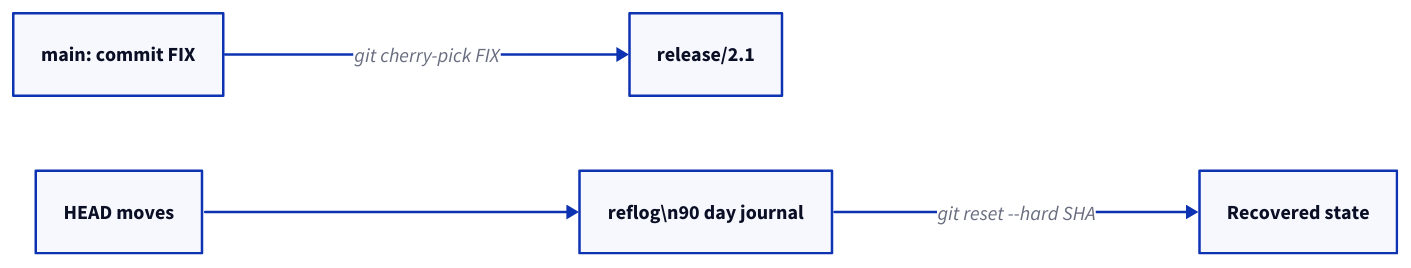
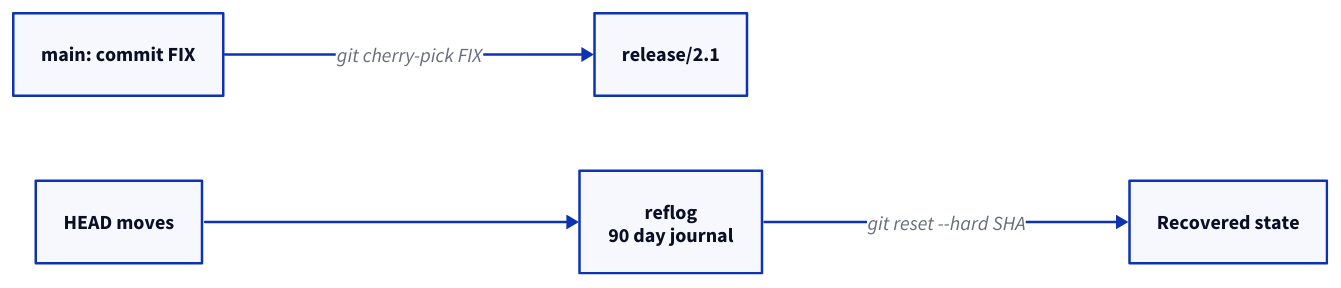
One commit to rebash-rebash/rebash-academy changed the diagram in docs/git/cherry-pick-and-reflog.md. Above: the diagram before and after it, drawn with D2. The commit also changed 177 other files, not shown here.

First line of the commit message:
Ship Terraform track, diagram polish, and new brand favicon.

````diff
--- a/docs/git/cherry-pick-and-reflog.md
+++ b/docs/git/cherry-pick-and-reflog.md
@@ -46,12 +46,12 @@
 ```d2
 direction: right
 
 MAIN: "main: commit FIX"
     REL: "release/2.1"
     MAIN -> REL: "git cherry-pick FIX"
     HEAD: "HEAD moves"
-    REFLOG: "reflog\\n90 day journal"
+    REFLOG: "reflog\n90 day journal"
     HEAD -> REFLOG
     RECOVER: "Recovered state"
     REFLOG -> RECOVER: "git reset --hard SHA"
 ```
````
